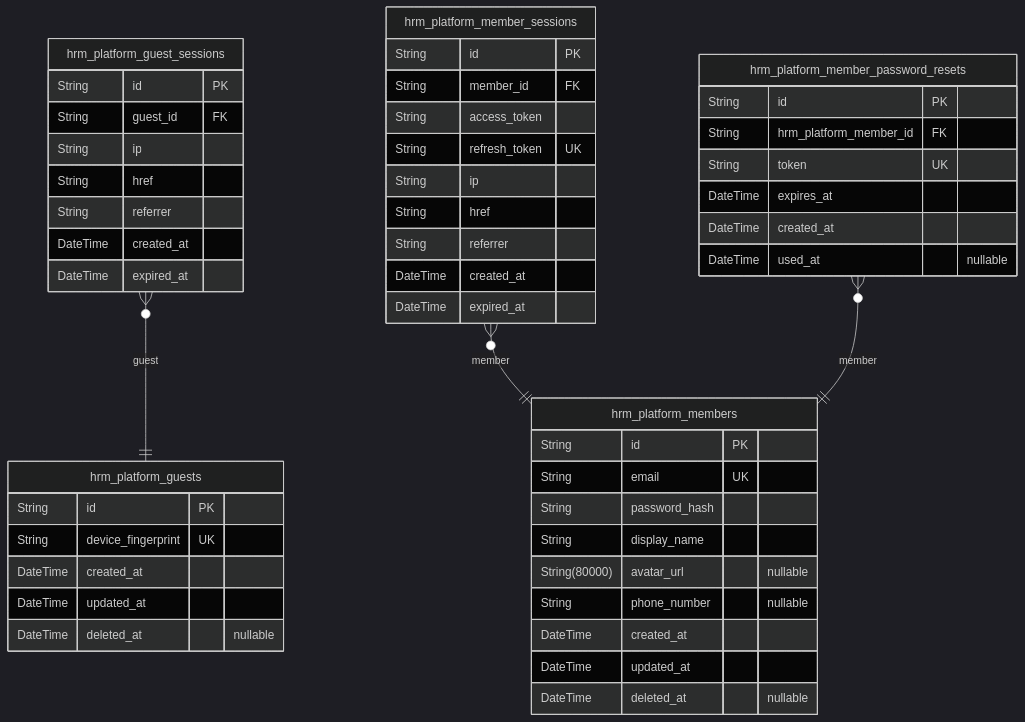
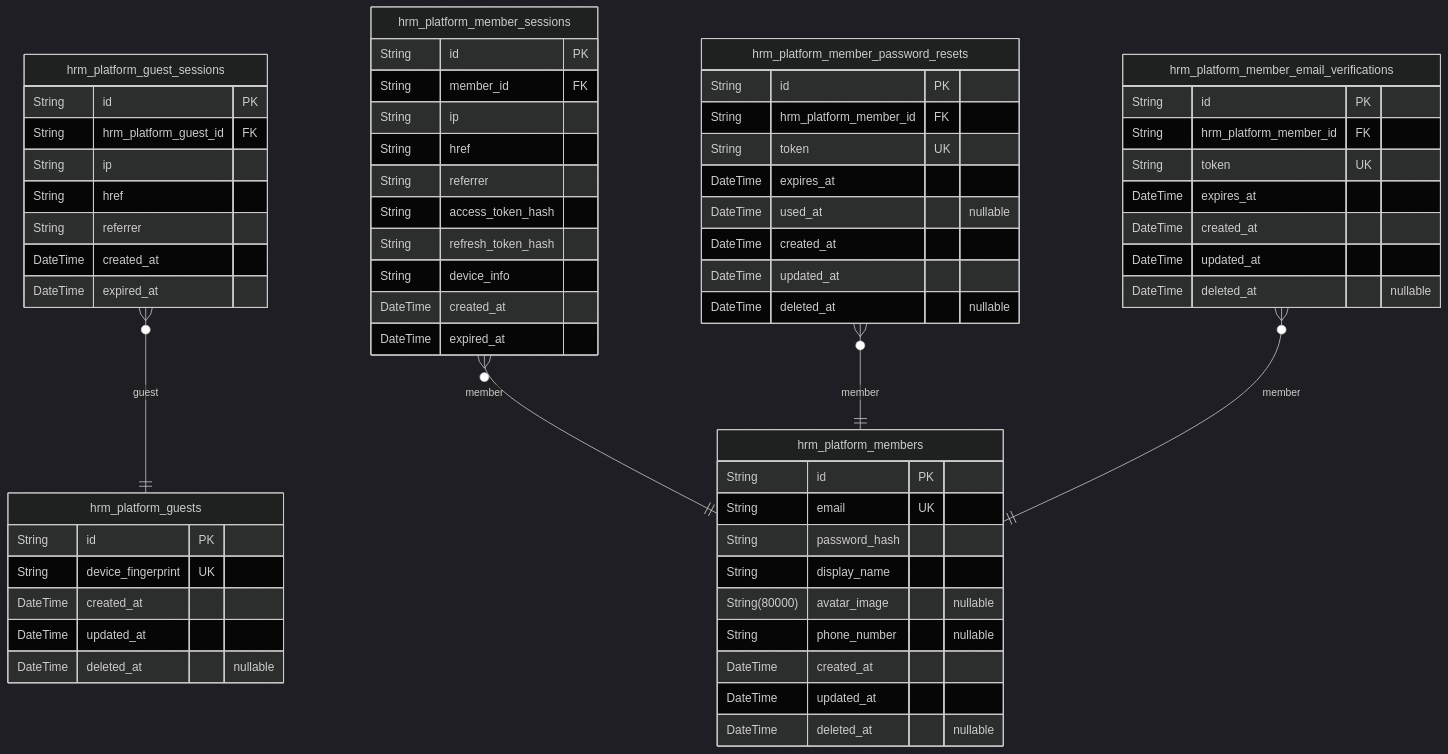
The first of 6 diagrams in qwen/qwen3.5-397b-a17b/erp/docs/ERD.md (wrtnlabs/autobe-examples), drawn with Mermaid (dark theme) before and after one commit. The commit also changed other lines of this file and 9017 other files, not shown here.

````diff
--- a/qwen/qwen3.5-397b-a17b/erp/docs/ERD.md
+++ b/qwen/qwen3.5-397b-a17b/erp/docs/ERD.md
@@ -15,52 +14,65 @@
 ```mermaid
 erDiagram
 "hrm_platform_guests" {
   String id PK
   String device_fingerprint UK
   DateTime created_at
   DateTime updated_at
   DateTime deleted_at "nullable"
 }
 "hrm_platform_guest_sessions" {
   String id PK
-  String guest_id FK
+  String hrm_platform_guest_id FK
   String ip
   String href
   String referrer
   DateTime created_at
   DateTime expired_at
 }
 "hrm_platform_members" {
   String id PK
   String email UK
   String password_hash
   String display_name
-  String(80000) avatar_url "nullable"
+  String(80000) avatar_image "nullable"
   String phone_number "nullable"
   DateTime created_at
   DateTime updated_at
   DateTime deleted_at "nullable"
 }
 "hrm_platform_member_sessions" {
   String id PK
   String member_id FK
-  String access_token
-  String refresh_token UK
   String ip
   String href
   String referrer
+  String access_token_hash
+  String refresh_token_hash
+  String device_info
   DateTime created_at
   DateTime expired_at
 }
 "hrm_platform_member_password_resets" {
   String id PK
   String hrm_platform_member_id FK
   String token UK
   DateTime expires_at
+  DateTime used_at "nullable"
   DateTime created_at
-  DateTime used_at "nullable"
+  DateTime updated_at
+  DateTime deleted_at "nullable"
+}
+"hrm_platform_member_email_verifications" {
+  String id PK
+  String hrm_platform_member_id FK
+  String token UK
+  DateTime expires_at
+  DateTime created_at
+  DateTime updated_at
+  DateTime deleted_at "nullable"
 }
 "hrm_platform_guest_sessions" }o--|| "hrm_platform_guests" : guest
 "hrm_platform_member_sessions" }o--|| "hrm_platform_members" : member
 "hrm_platform_member_password_resets" }o--|| "hrm_platform_members" : member
+"hrm_platform_member_email_verifications" }o--|| "hrm_platform_members" : member
 ```
````
